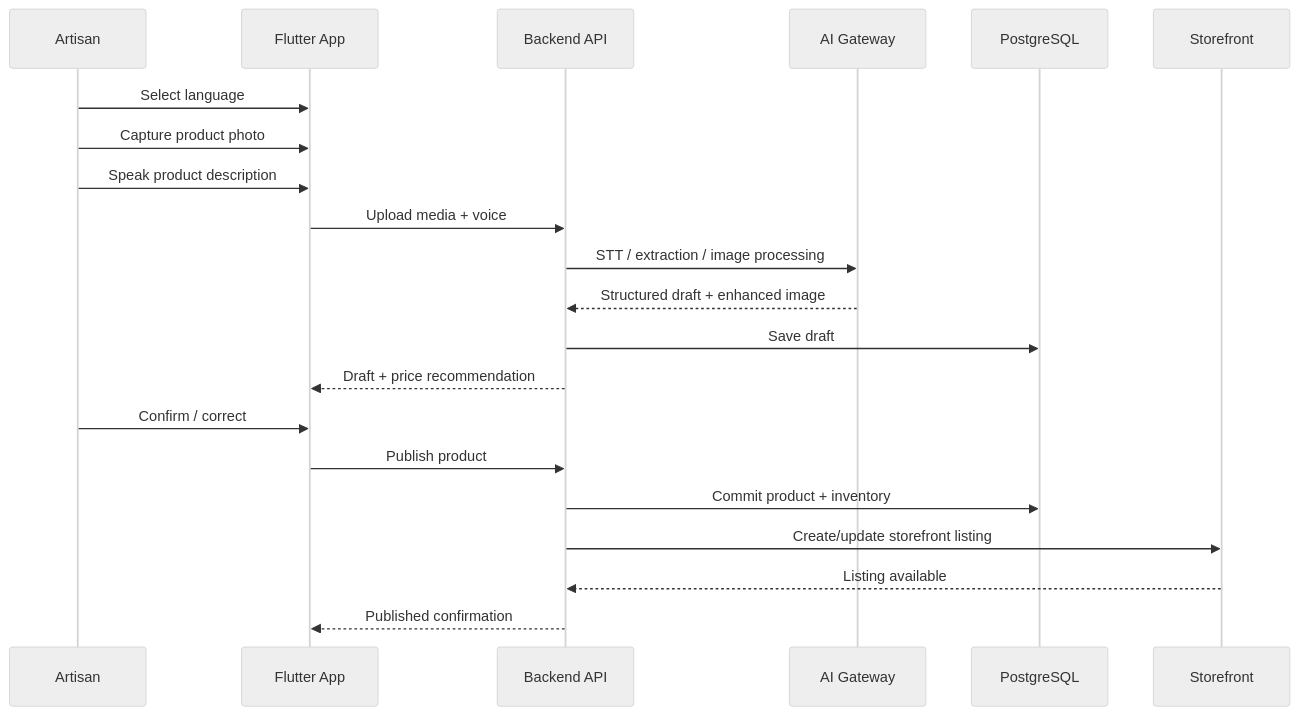
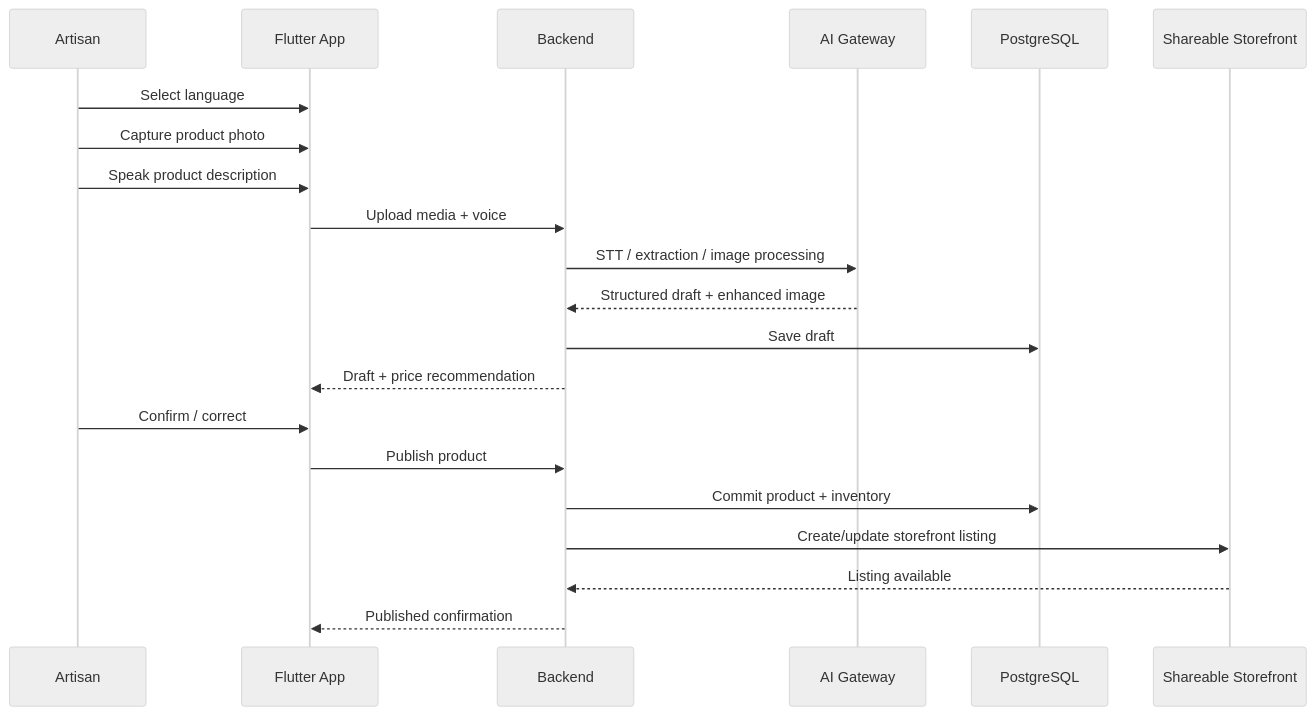
Diagram 14 of 16 in ARCHITECTURE_26090.md (LaKsHaY5280/SIH-strat), drawn with Mermaid (neutral theme) before and after one commit. The commit also changed other lines of this file, not shown here.

Commit message:
architecture v2

````diff
--- a/ARCHITECTURE_26090.md
+++ b/ARCHITECTURE_26090.md
@@ -1235,24 +1827,29 @@
 ```mermaid
 sequenceDiagram
     participant A as Artisan
     participant App as Flutter App
-    participant API as Backend API
+    participant API as Backend
     participant AI as AI Gateway
     participant DB as PostgreSQL
-    participant Store as Storefront
+    participant Store as Shareable Storefront
 
     A->>App: Select language
     A->>App: Capture product photo
     A->>App: Speak product description
+
     App->>API: Upload media + voice
     API->>AI: STT / extraction / image processing
     AI-->>API: Structured draft + enhanced image
+
     API->>DB: Save draft
     API-->>App: Draft + price recommendation
+
     A->>App: Confirm / correct
     App->>API: Publish product
+
     API->>DB: Commit product + inventory
     API->>Store: Create/update storefront listing
     Store-->>API: Listing available
+
     API-->>App: Published confirmation
 ```
````
